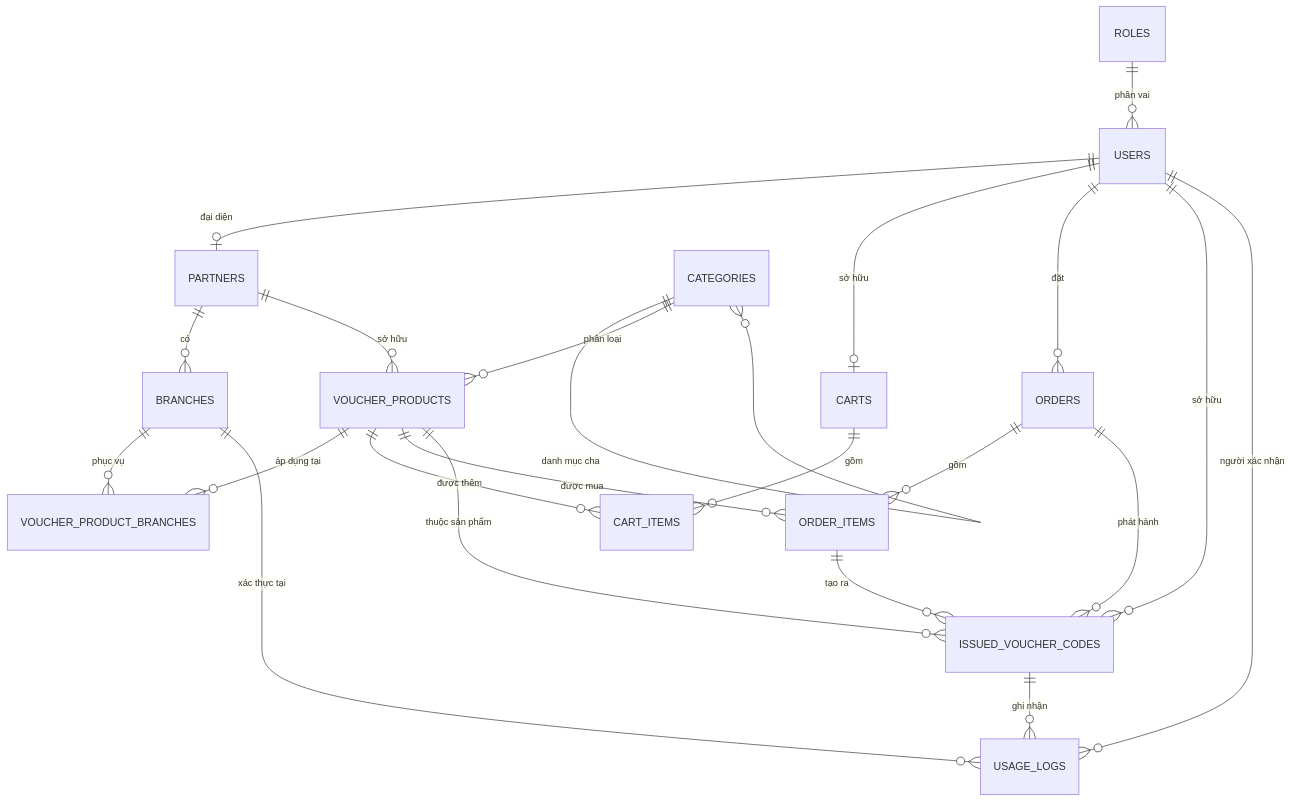
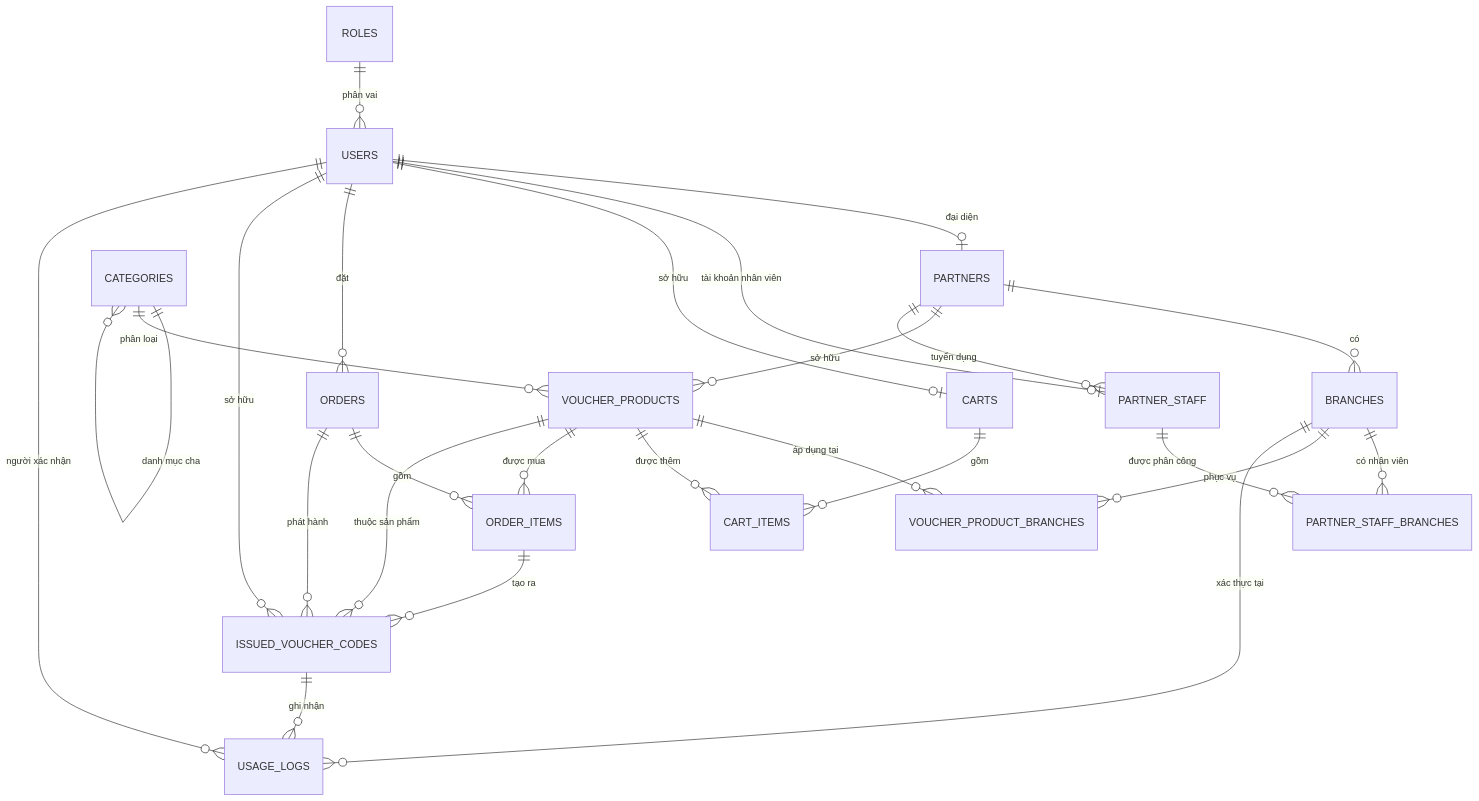
The diagram in docs/05-database-design/README.md (hoopyTL/EC-VoucherHub), drawn with Mermaid before and after one commit. The commit also changed other lines of this file and 63 other files, not shown here.

````diff
--- a/docs/05-database-design/README.md
+++ b/docs/05-database-design/README.md
@@ -45,31 +41,35 @@
 ```mermaid
 erDiagram
     ROLES ||--o{ USERS : "phân vai"
     USERS ||--o| PARTNERS : "đại diện"
+    USERS ||--o| PARTNER_STAFF : "tài khoản nhân viên"
     USERS ||--o| CARTS : "sở hữu"
     USERS ||--o{ ORDERS : "đặt"
     USERS ||--o{ ISSUED_VOUCHER_CODES : "sở hữu"
     USERS ||--o{ USAGE_LOGS : "người xác nhận"
 
     PARTNERS ||--o{ BRANCHES : "có"
     PARTNERS ||--o{ VOUCHER_PRODUCTS : "sở hữu"
+    PARTNERS ||--o{ PARTNER_STAFF : "tuyển dụng"
+    PARTNER_STAFF ||--o{ PARTNER_STAFF_BRANCHES : "được phân công"
+    BRANCHES ||--o{ PARTNER_STAFF_BRANCHES : "có nhân viên"
 
     CATEGORIES ||--o{ CATEGORIES : "danh mục cha"
     CATEGORIES ||--o{ VOUCHER_PRODUCTS : "phân loại"
 
     VOUCHER_PRODUCTS ||--o{ VOUCHER_PRODUCT_BRANCHES : "áp dụng tại"
     BRANCHES ||--o{ VOUCHER_PRODUCT_BRANCHES : "phục vụ"
 
     CARTS ||--o{ CART_ITEMS : "gồm"
     VOUCHER_PRODUCTS ||--o{ CART_ITEMS : "được thêm"
 
     ORDERS ||--o{ ORDER_ITEMS : "gồm"
     VOUCHER_PRODUCTS ||--o{ ORDER_ITEMS : "được mua"
 
     ORDERS ||--o{ ISSUED_VOUCHER_CODES : "phát hành"
     ORDER_ITEMS ||--o{ ISSUED_VOUCHER_CODES : "tạo ra"
     VOUCHER_PRODUCTS ||--o{ ISSUED_VOUCHER_CODES : "thuộc sản phẩm"
 
     ISSUED_VOUCHER_CODES ||--o{ USAGE_LOGS : "ghi nhận"
     BRANCHES ||--o{ USAGE_LOGS : "xác thực tại"
 ```
````
